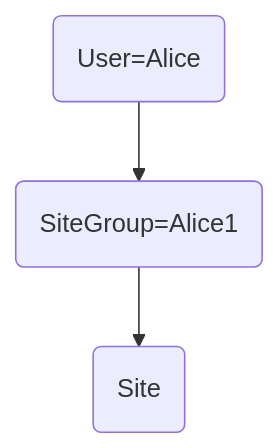
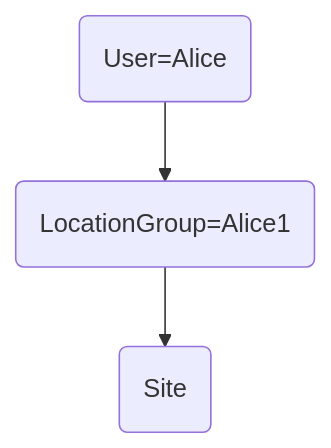
The third of 7 diagrams in README.md (openclimatefix/pv-site-datamodel), drawn with Mermaid before and after one commit. The commit also changed other lines of this file, not shown here.

````diff
--- a/README.md
+++ b/README.md
@@ -336,5 +351,5 @@
 ```mermaid
   graph TD;
-      A(User=Alice)-->B(SiteGroup=Alice1);
+      A(User=Alice)-->B(LocationGroup=Alice1);
       B --> C(Site);
 ```
````
